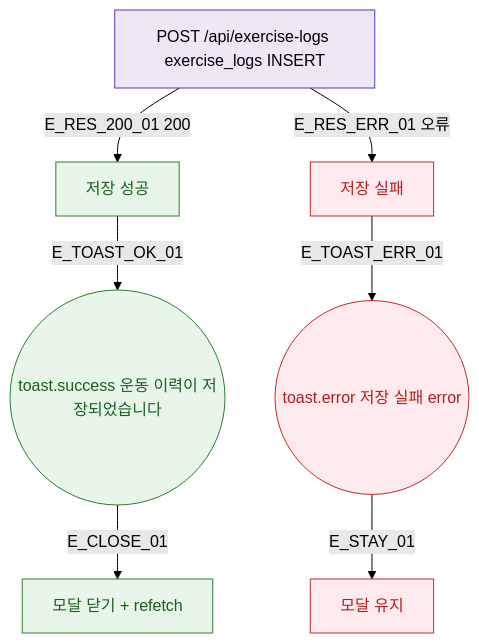
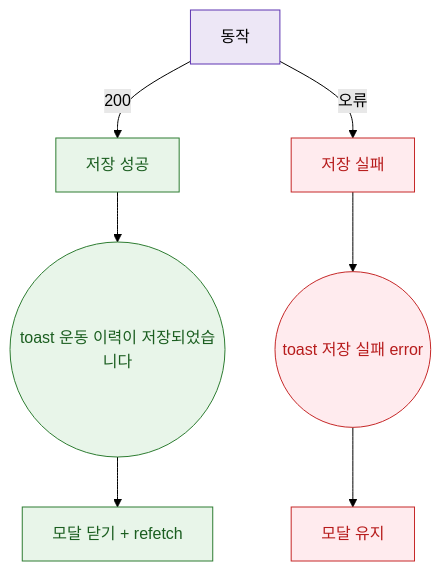
One commit to dev-spogym/admin-pando changed the diagram in docs/다이어그램/D02_회원관리/DLG/DLG-M026_운동이력등록/M3_결과분기.md. Above: the diagram before and after it, drawn with Mermaid (forest theme). The commit also changed other lines of this file and 1660 other files, not shown here.

First line of the commit message:
다이어그램: 기획자/클라이언트 납품본으로 정리

````diff
--- a/docs/다이어그램/D02_회원관리/DLG/DLG-M026_운동이력등록/M3_결과분기.md
+++ b/docs/다이어그램/D02_회원관리/DLG/DLG-M026_운동이력등록/M3_결과분기.md
@@ -22,21 +20,21 @@
 ```mermaid
 flowchart TD
-  API[POST /api/exercise-logs exercise_logs INSERT]
+  API[동작]
 
-  API -->|E_RES_200_01 200| SUCCESS[저장 성공]
-  API -->|E_RES_ERR_01 오류| FAIL[저장 실패]
+  API -->|200|SUCCESS[저장 성공]
+  API -->|오류|FAIL[저장 실패]
 
-  SUCCESS -->|E_TOAST_OK_01| TOAST_OK((toast.success 운동 이력이 저장되었습니다))
-  TOAST_OK -->|E_CLOSE_01| POST_OK[모달 닫기 + refetch]
+  SUCCESS --> TOAST_OK((toast 운동 이력이 저장되었습니다))
+  TOAST_OK --> POST_OK[모달 닫기 + refetch]
 
-  FAIL -->|E_TOAST_ERR_01| TOAST_ERR((toast.error 저장 실패 error))
-  TOAST_ERR -->|E_STAY_01| MODAL_STAY[모달 유지]
+  FAIL --> TOAST_ERR((toast 저장 실패 error))
+  TOAST_ERR --> MODAL_STAY[모달 유지]
 
   classDef success fill:#E8F5E9,stroke:#2E7D32,color:#1B5E20
-  classDef error   fill:#FFEBEE,stroke:#C62828,color:#B71C1C
-  classDef system  fill:#EDE7F6,stroke:#5E35B2
+  classDef error fill:#FFEBEE,stroke:#C62828,color:#B71C1C
+  classDef system fill:#EDE7F6,stroke:#5E35B2
 
   class SUCCESS,TOAST_OK,POST_OK success
   class FAIL,TOAST_ERR,MODAL_STAY error
   class API system
 ```
````
